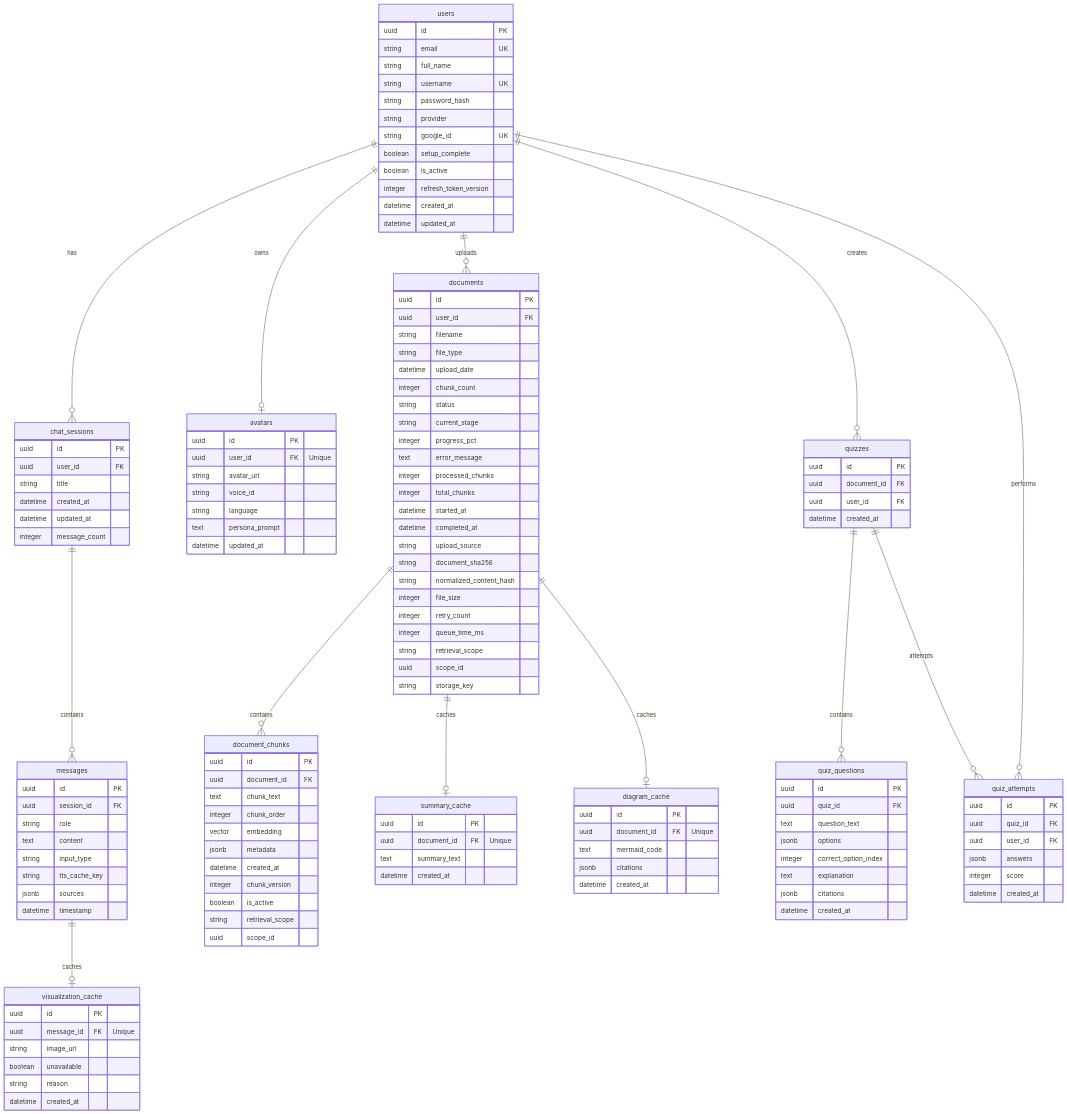
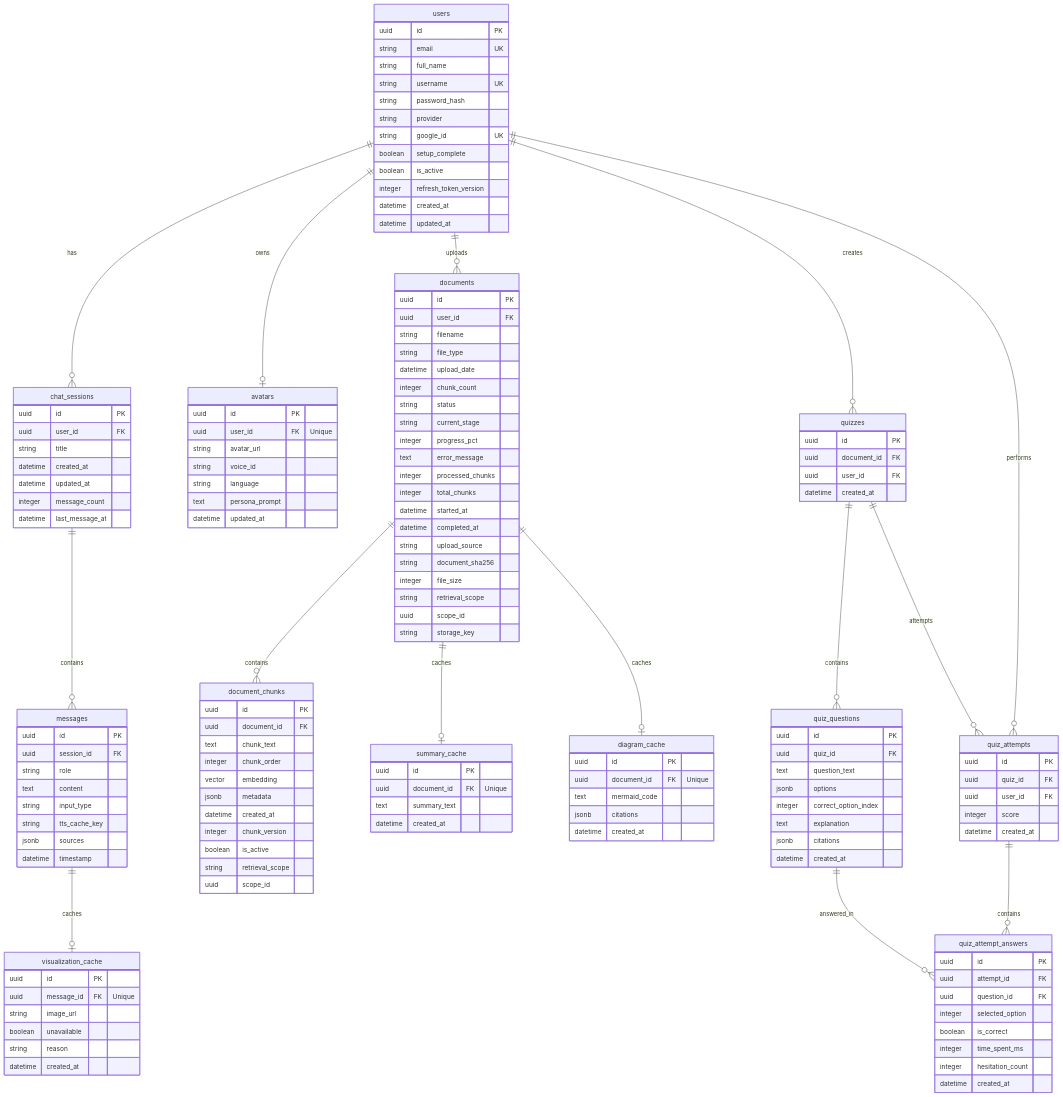
Before and after one commit to Abdelrhman941/VirtAI-Project: the first of 2 diagrams in backend/docs/ARCHITECTURE.md, drawn with Mermaid. The commit also changed 3 other files, not shown here.

````diff
--- a/backend/docs/ARCHITECTURE.md
+++ b/backend/docs/ARCHITECTURE.md
@@ -32,6 +32,7 @@
         datetime created_at
         datetime updated_at
         integer message_count
+        datetime last_message_at
     }
 
     messages {
@@ -72,10 +73,7 @@
         datetime completed_at
         string upload_source
         string document_sha256
-        string normalized_content_hash
         integer file_size
-        integer retry_count
-        integer queue_time_ms
         string retrieval_scope
         uuid scope_id
         string storage_key
@@ -124,8 +122,18 @@
         uuid id PK
         uuid quiz_id FK
         uuid user_id FK
-        jsonb answers
         integer score
+        datetime created_at
+    }
+
+    quiz_attempt_answers {
+        uuid id PK
+        uuid attempt_id FK
+        uuid question_id FK
+        integer selected_option
+        boolean is_correct
+        integer time_spent_ms
+        integer hesitation_count
         datetime created_at
     }
 
@@ -158,4 +166,6 @@
     messages ||--o| visualization_cache : "caches"
     quizzes ||--o{ quiz_questions : "contains"
     quizzes ||--o{ quiz_attempts : "attempts"
+    quiz_attempts ||--o{ quiz_attempt_answers : "contains"
+    quiz_questions ||--o{ quiz_attempt_answers : "answered_in"
 ```
````
